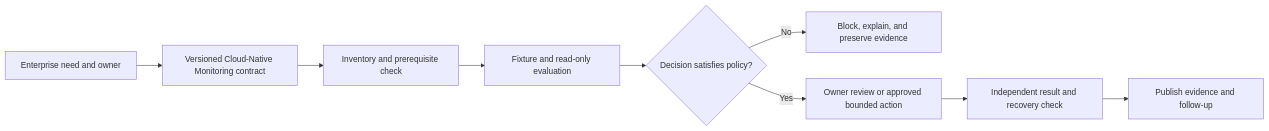
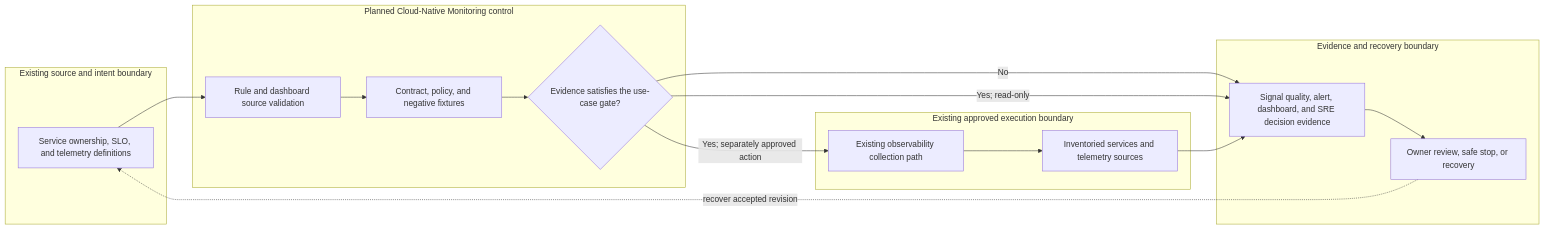
One commit to MIDHTECH/enterprise-architecture-docs changed the diagram in docs/use-cases/observability/UC-OBS-013-cloud-native-monitoring.md. Above: the diagram before and after it, drawn with Mermaid. The commit also changed other lines of this file and 227 other files, not shown here.

Commit message:
Deepen architecture for all use case designs

````diff
--- a/docs/use-cases/observability/UC-OBS-013-cloud-native-monitoring.md
+++ b/docs/use-cases/observability/UC-OBS-013-cloud-native-monitoring.md
@@ -136,11 +129,25 @@
 ```mermaid
 flowchart LR
-    Need["Enterprise need and owner"] --> Contract["Versioned Cloud-Native Monitoring contract"]
-    Contract --> Preflight["Inventory and prerequisite check"]
-    Preflight --> Evaluate["Fixture and read-only evaluation"]
-    Evaluate --> Decision{"Decision satisfies policy?"}
-    Decision -->|No| Stop["Block, explain, and preserve evidence"]
-    Decision -->|Yes| Review["Owner review or approved bounded action"]
-    Review --> Verify["Independent result and recovery check"]
-    Verify --> Publish["Publish evidence and follow-up"]
+    subgraph Source["Existing source and intent boundary"]
+        A["Service ownership, SLO, and telemetry definitions"]
+    end
+    subgraph Planned["Planned Cloud-Native Monitoring control"]
+        B["Rule and dashboard source validation"]
+        C["Contract, policy, and negative fixtures"]
+        D{"Evidence satisfies the use-case gate?"}
+    end
+    subgraph Runtime["Existing approved execution boundary"]
+        E["Existing observability collection path"]
+        F["Inventoried services and telemetry sources"]
+    end
+    subgraph Assurance["Evidence and recovery boundary"]
+        G["Signal quality, alert, dashboard, and SRE decision evidence"]
+        H["Owner review, safe stop, or recovery"]
+    end
+
+    A --> B --> C --> D
+    D -->|No| G --> H
+    D -->|Yes; read-only| G
+    D -->|Yes; separately approved action| E --> F --> G
+    H -. recover accepted revision .-> A
 ```
````
